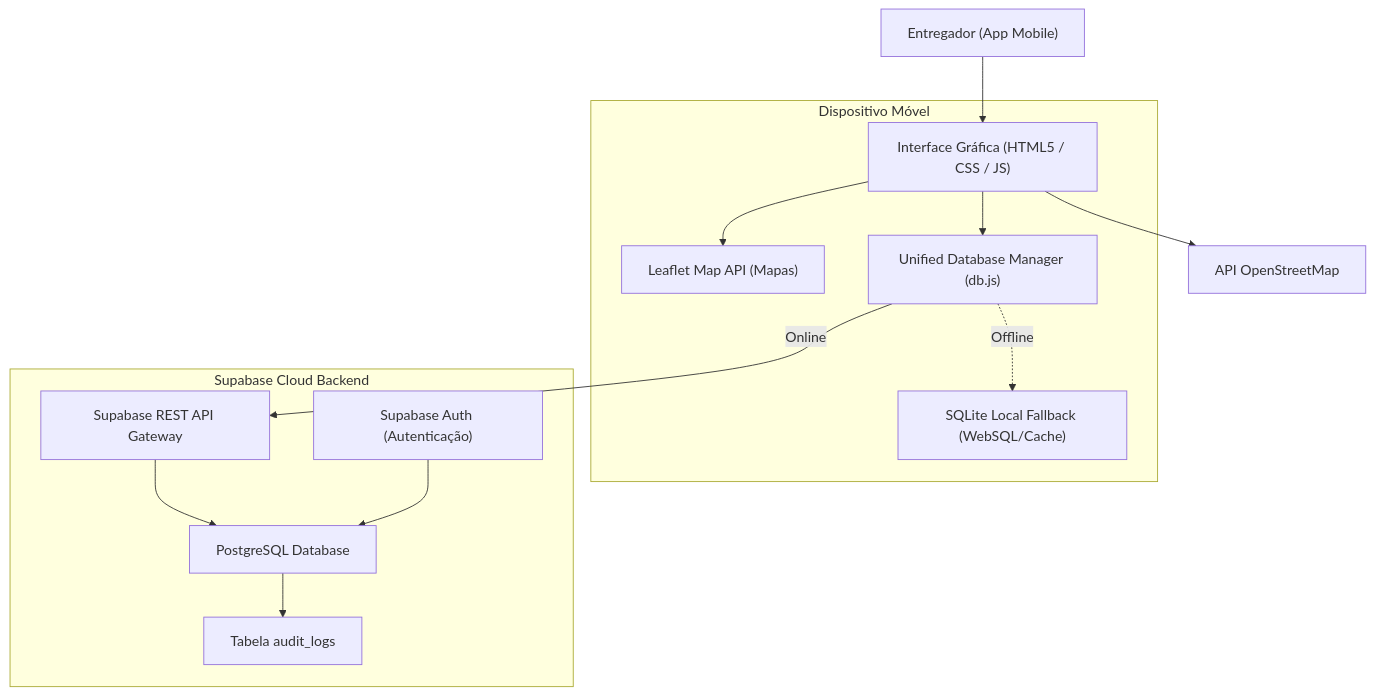
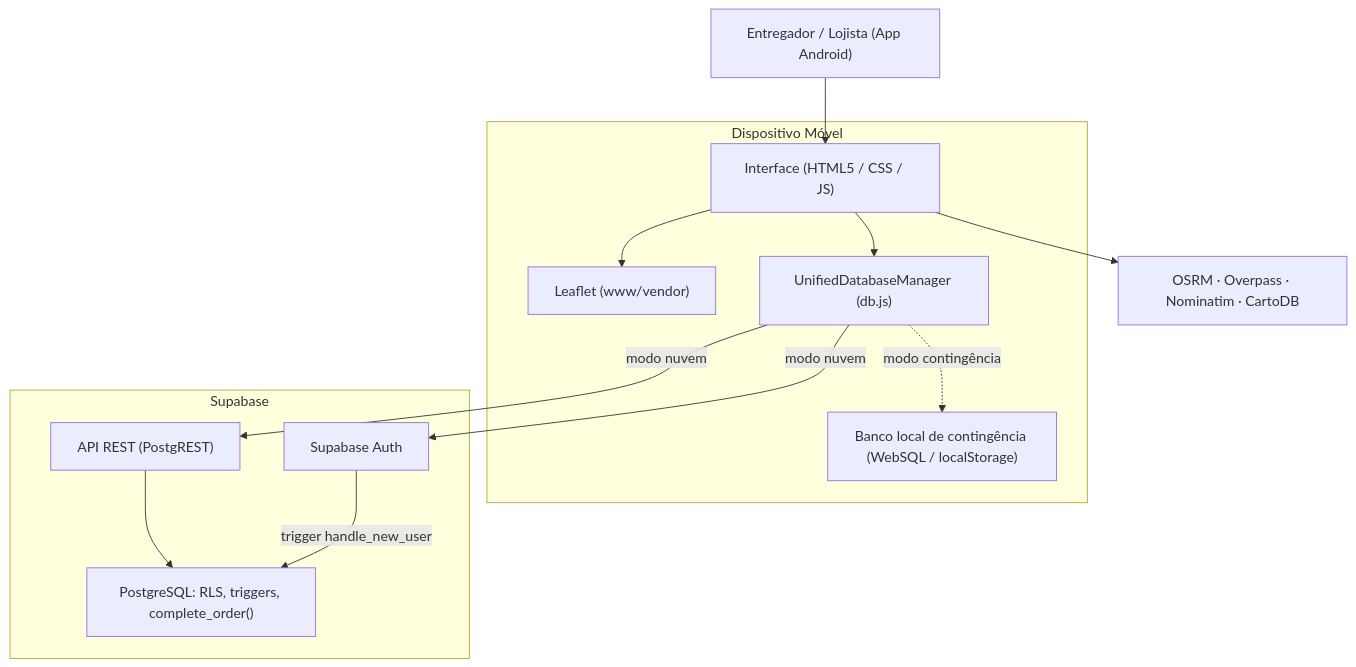
The diagram in README.md (MatheusHMBoaventura/AppEntrega-TCC), drawn with Mermaid before and after one commit. The commit also changed other lines of this file and 19 other files, not shown here.

````diff
--- a/README.md
+++ b/README.md
@@ -23,32 +23,29 @@
 ```mermaid
 graph TD
-    Entregador["Entregador (App Mobile)"]
+    Entregador["Entregador / Lojista (App Android)"]
 
     subgraph Dispositivo_Movel ["Dispositivo Móvel"]
-        UI["Interface Gráfica (HTML5 / CSS / JS)"]
-        Leaflet["Leaflet Map API (Mapas)"]
-        DB_Manager["Unified Database Manager (db.js)"]
-        SQLite["SQLite Local Fallback (WebSQL/Cache)"]
+        UI["Interface (HTML5 / CSS / JS)"]
+        Leaflet["Leaflet (www/vendor)"]
+        DB_Manager["UnifiedDatabaseManager (db.js)"]
+        Local["Banco local de contingência (WebSQL / localStorage)"]
     end
 
-    OSM_API["API OpenStreetMap"]
+    APIs["OSRM · Overpass · Nominatim · CartoDB"]
 
-    subgraph Nuvem_Supabase ["Supabase Cloud Backend"]
-        API_Gateway["Supabase REST API Gateway"]
-        Auth_Service["Supabase Auth (Autenticação)"]
-        Postgres["PostgreSQL Database"]
-        Audit_Logs["Tabela audit_logs"]
+    subgraph Nuvem_Supabase ["Supabase"]
+        Auth["Supabase Auth"]
+        REST["API REST (PostgREST)"]
+        Postgres["PostgreSQL: RLS, triggers, complete_order()"]
     end
 
     Entregador --> UI
     UI --> Leaflet
-    UI --> OSM_API
+    UI --> APIs
     UI --> DB_Manager
-    
-    DB_Manager -->|Online| API_Gateway
-    DB_Manager -.->|Offline| SQLite
-    
-    API_Gateway --> Postgres
-    Auth_Service --> Postgres
-    Postgres --> Audit_Logs
+    DB_Manager -->|modo nuvem| REST
+    DB_Manager -->|modo nuvem| Auth
+    DB_Manager -.->|modo contingência| Local
+    REST --> Postgres
+    Auth -->|trigger handle_new_user| Postgres
 ```
````
